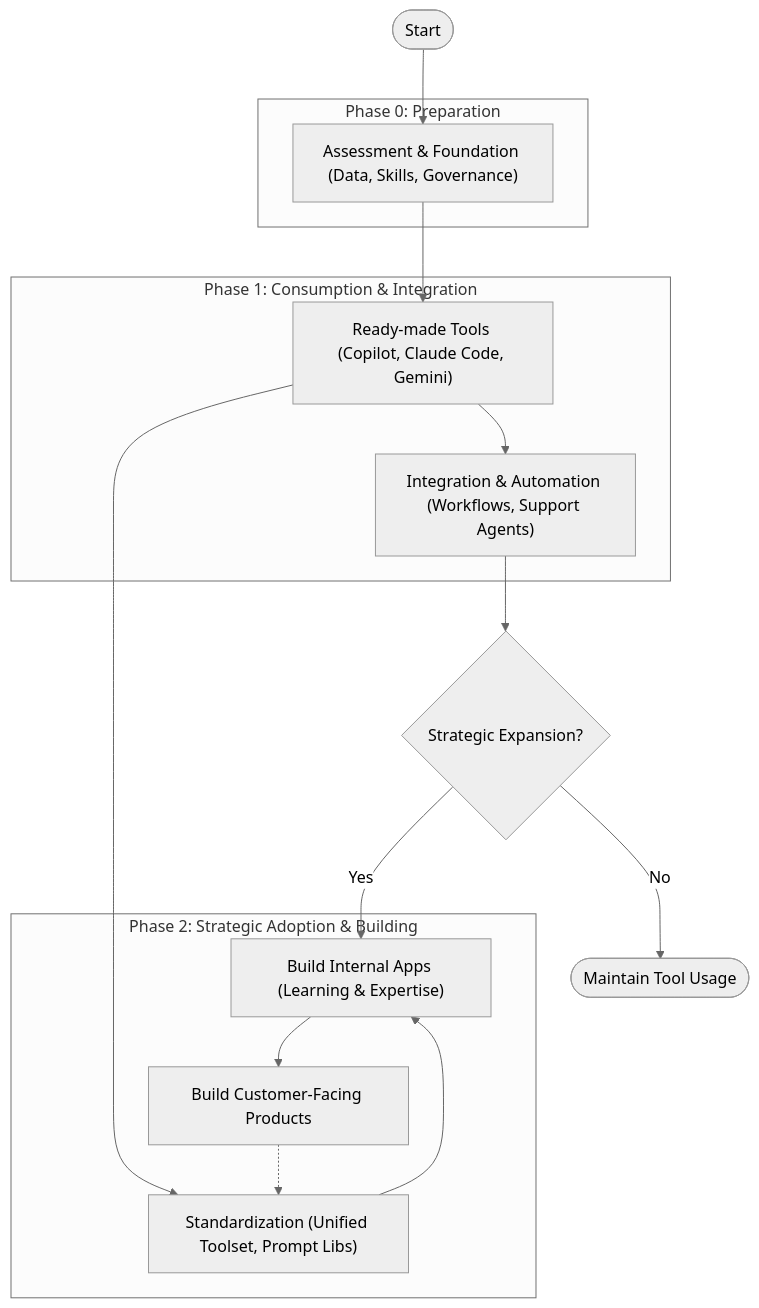
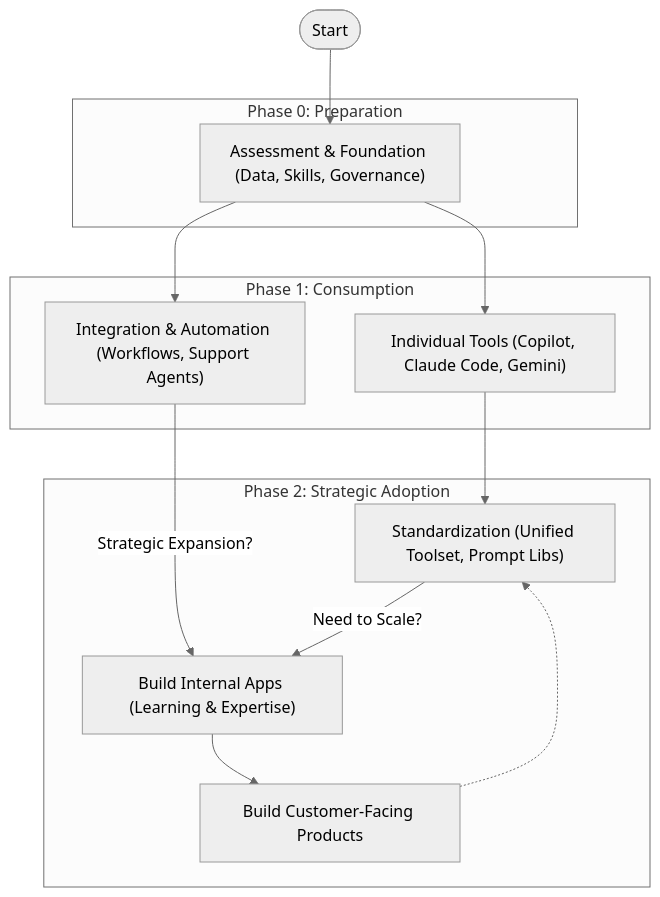
Before and after one commit to Th3Un1q3/pydantic-ai-production-ready: the diagram in learning/README.md, drawn with Mermaid (neutral theme).

Commit message:
docs: update adoption phase

````diff
--- a/learning/README.md
+++ b/learning/README.md
@@ -29,38 +29,34 @@
 ```mermaid
 graph TD
     A(["Start"])
     Z["Assessment & Foundation (Data, Skills, Governance)"]
-    B["Ready-made Tools (Copilot, Claude Code, Gemini)"]
+    B["Individual Tools (Copilot, Claude Code, Gemini)"]
     C["Integration & Automation (Workflows, Support Agents)"]
-    D{"Strategic Expansion?"}
-    E(["Maintain Tool Usage"])
     F["Standardization (Unified Toolset, Prompt Libs)"]
     G["Build Internal Apps (Learning & Expertise)"]
     H["Build Customer-Facing Products"]
 
     A --> Z
     Z --> B
-    B --> C
+    Z --> C
     B --> F
-    C --> D
-    D -- No --> E
-    D -- Yes --> G
-    F --> G
+    C -- Strategic Expansion? --> G
+    F -- Need to Scale? --> G
     G --> H
     H -.-> F
 
     subgraph Phase0 ["Phase 0: Preparation"]
         Z
     end
 
-    subgraph Phase1 ["Phase 1: Consumption & Integration"]
+    subgraph Phase1 ["Phase 1: Consumption"]
         B
         C
     end
 
-    subgraph Phase2 ["Phase 2: Strategic Adoption & Building"]
+    subgraph Phase2 ["Phase 2: Strategic Adoption"]
         F
         G
         H
     end
 ```
````
